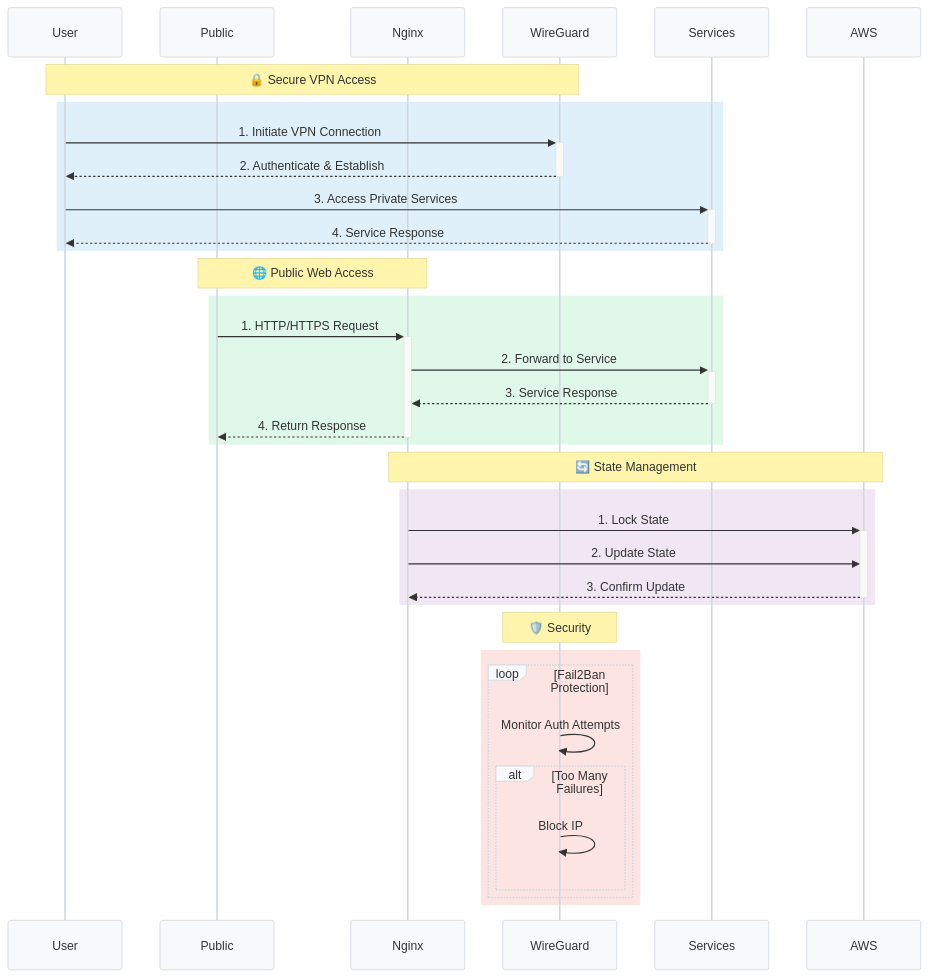
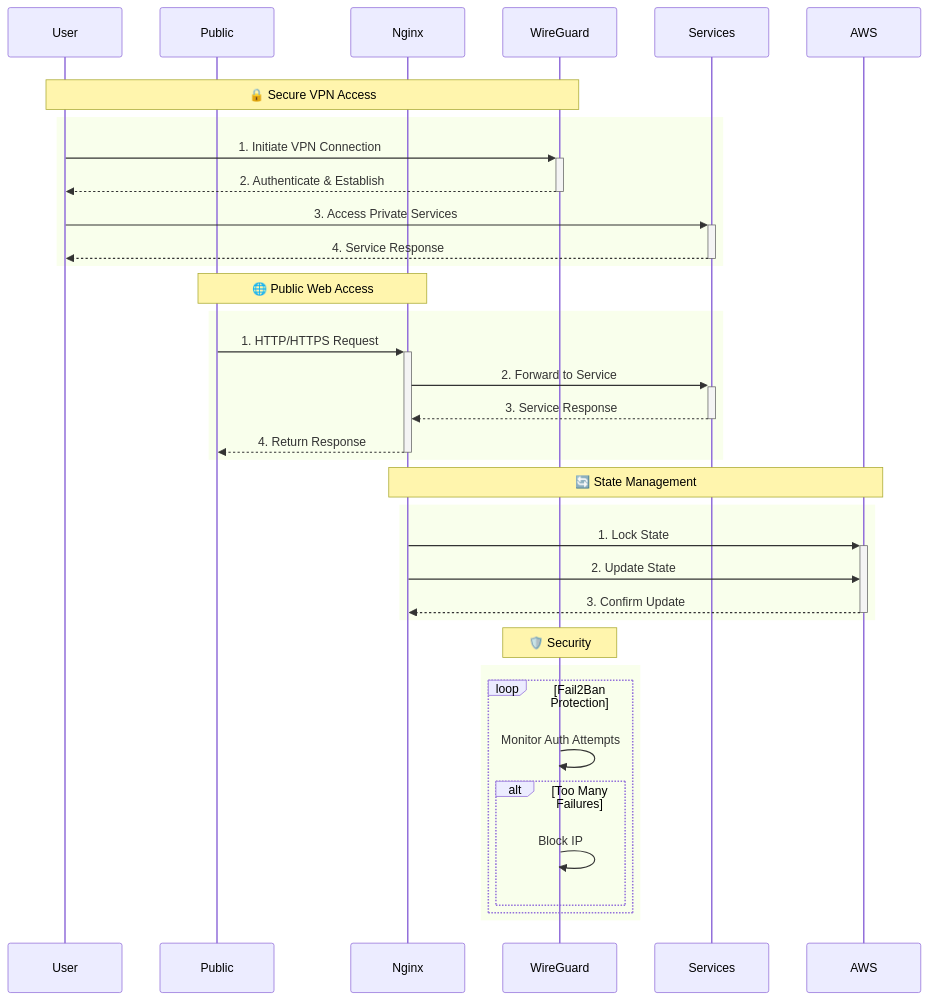
One commit to aaronreynoza/infra-core changed the second of 3 diagrams in README.md. Above: the diagram before and after it, drawn with Mermaid. The commit also changed other lines of this file, not shown here.

````diff
--- a/README.md
+++ b/README.md
@@ -114,69 +106,51 @@
 ```mermaid
-%%{init: {
-    'theme': 'base',
-    'themeVariables': {
-        'background': 'transparent',
-        'primaryColor': '#f8f9fa',
-        'primaryText': '#24292f',
-        'primaryBorderColor': '#d0d7de',
-        'lineColor': '#d0d7de',
-        'darkmode': {
-            'background': 'transparent',
-            'primaryColor': '#21262d',
-            'primaryText': '#c9d1d9',
-            'primaryBorderColor': '#30363d',
-            'lineColor': '#30363d'
-        }
-    },
-    'themeConfig': {
-        'fontFamily': 'Arial, sans-serif',
-        'fontSize': '14px'
-    }
-}}%%
-
 sequenceDiagram
-    %% Define participants with colors
+    %% Set default styles
+    rect rgb(255, 255, 255)
+    
+    %% Define participants
     participant U as User
     participant P as Public
     participant N as Nginx
     participant W as WireGuard
     participant S as Services
     participant A as AWS
     
     %% VPN Connection Flow
     Note over U,W: 🔒 Secure VPN Access
-    rect rgba(52, 152, 219, 0.15)
+    rect #e3f2fd
         U->>+W: 1. Initiate VPN Connection
         W-->>-U: 2. Authenticate & Establish
         U->>+S: 3. Access Private Services
         S-->>-U: 4. Service Response
     end
     
     %% Public Access Flow
     Note over P,N: 🌐 Public Web Access
-    rect rgba(46, 204, 113, 0.15)
+    rect #e8f5e9
         P->>+N: 1. HTTP/HTTPS Request
         N->>+S: 2. Forward to Service
         S-->>-N: 3. Service Response
         N-->>-P: 4. Return Response
     end
     
     %% State Management
     Note over N,A: 🔄 State Management
-    rect rgba(155, 89, 182, 0.15)
+    rect #f3e5f5
         N->>+A: 1. Lock State
         N->>A: 2. Update State
         A-->>-N: 3. Confirm Update
     end
     
     %% Security Monitoring
     Note over W: 🛡️ Security
-    rect rgba(231, 76, 60, 0.15)
+    rect #ffebee
         loop Fail2Ban Protection
             W->>W: Monitor Auth Attempts
             alt Too Many Failures
                 W->>W: Block IP
             end
         end
     end
+    end
 ```
````
